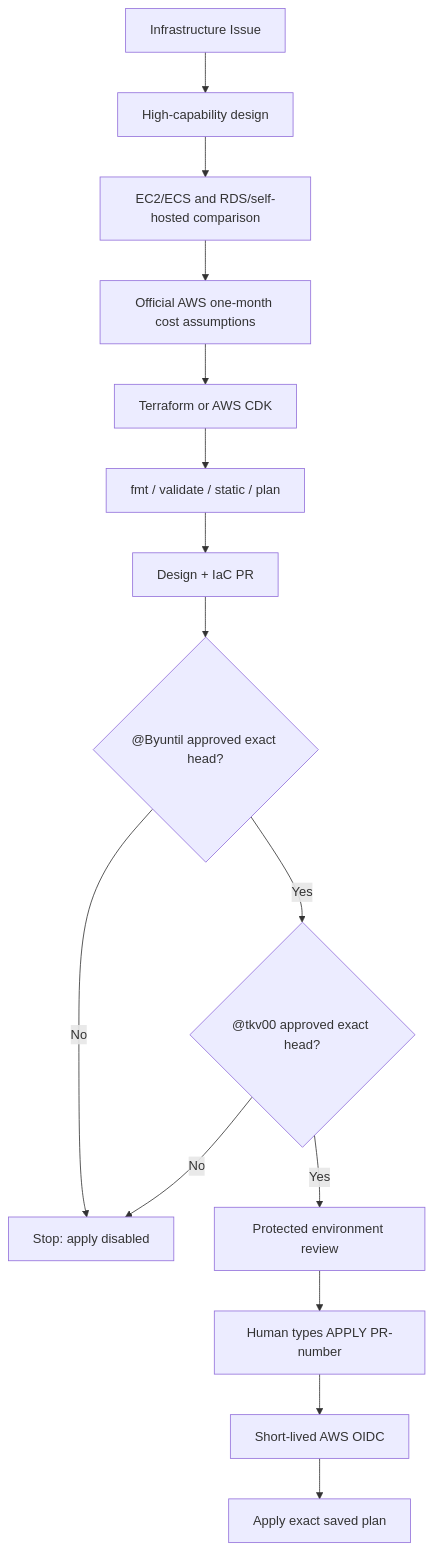
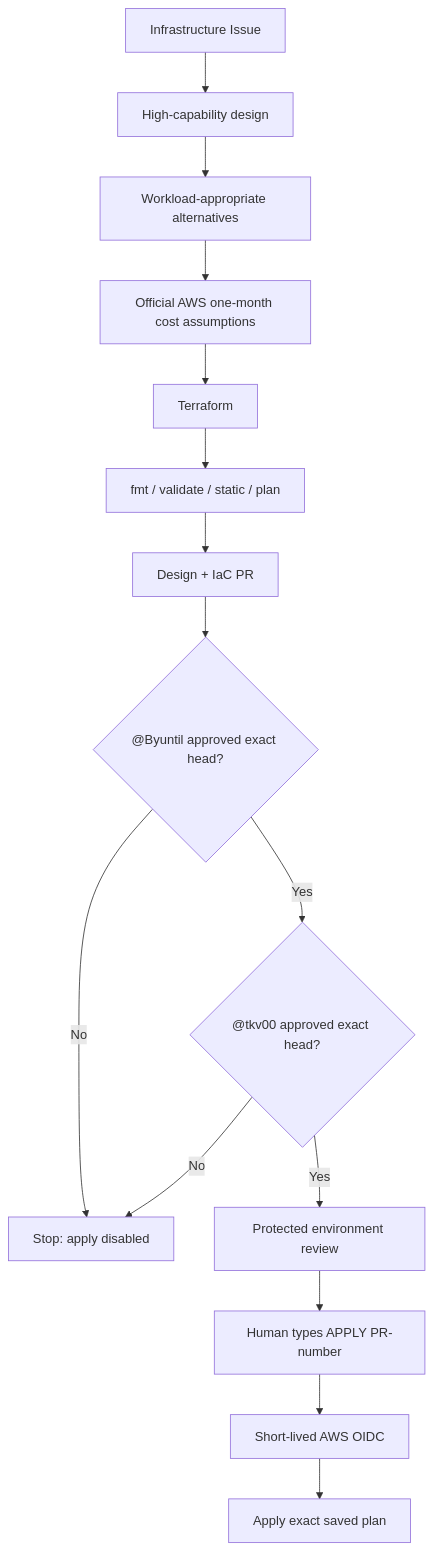
The third of 3 diagrams in docs/harness/ARCHITECTURE.md (dnd-side-project/dnd-15th-2-backend), drawn with Mermaid before and after one commit. The commit also changed other lines of this file and 48 other files, not shown here.

````diff
--- a/docs/harness/ARCHITECTURE.md
+++ b/docs/harness/ARCHITECTURE.md
@@ -52,17 +56,17 @@
 ```mermaid
 flowchart TD
     Ticket["Infrastructure Issue"] --> Design["High-capability design"]
-    Design --> Compare["EC2/ECS and RDS/self-hosted comparison"]
+    Design --> Compare["Workload-appropriate alternatives"]
     Compare --> Cost["Official AWS one-month cost assumptions"]
-    Cost --> IaC["Terraform or AWS CDK"]
+    Cost --> IaC["Terraform"]
     IaC --> Static["fmt / validate / static / plan"]
     Static --> PR["Design + IaC PR"]
     PR --> A1{"@Byuntil approved exact head?"}
     A1 -- No --> Stop["Stop: apply disabled"]
     A1 -- Yes --> A2{"@tkv00 approved exact head?"}
     A2 -- No --> Stop
     A2 -- Yes --> Env["Protected environment review"]
     Env --> Phrase["Human types APPLY PR-number"]
     Phrase --> OIDC["Short-lived AWS OIDC"]
     OIDC --> Apply["Apply exact saved plan"]
 ```
````
